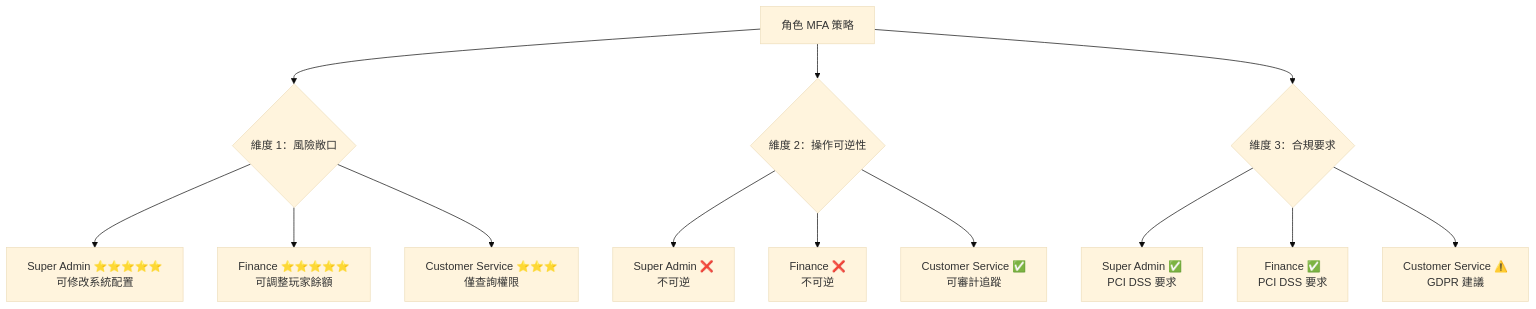
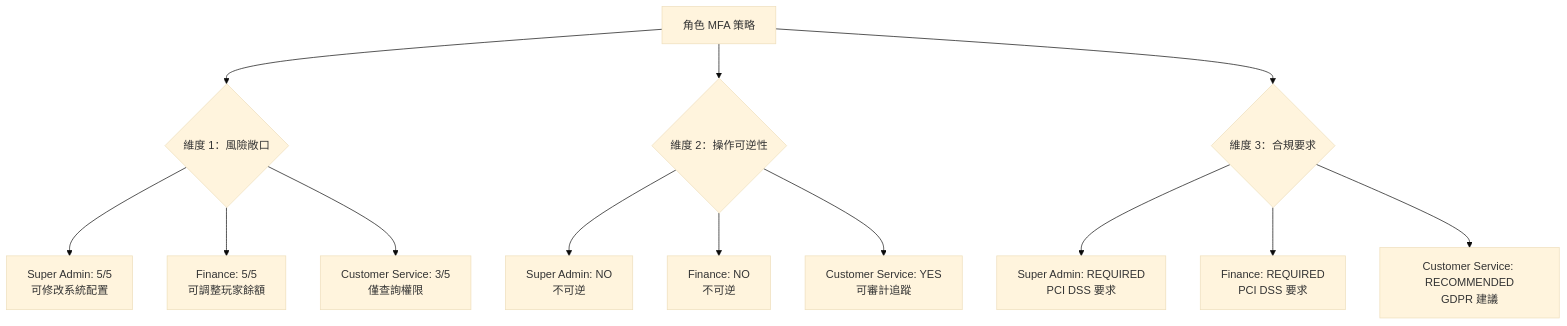
One commit to ron03wlb/smart-admin changed the ninth of 9 diagrams in docs/iGaming/05_Platform_Governance/05-06_MFA_Implementation.md. Above: the diagram before and after it, drawn with Mermaid (base theme). The commit also changed other lines of this file and 12 other files, not shown here.

Commit message:
docs(iGaming): update risk control, architecture docs and add validation scripts

````diff
--- a/docs/iGaming/05_Platform_Governance/05-06_MFA_Implementation.md
+++ b/docs/iGaming/05_Platform_Governance/05-06_MFA_Implementation.md
@@ -1830,18 +1830,18 @@
 ```mermaid
 graph TD
     A[角色 MFA 策略] --> B{維度 1：風險敞口}
     A --> C{維度 2：操作可逆性}
     A --> D{維度 3：合規要求}
 
-    B --> B1[Super Admin ⭐⭐⭐⭐⭐<br/>可修改系統配置]
-    B --> B2[Finance ⭐⭐⭐⭐⭐<br/>可調整玩家餘額]
-    B --> B3[Customer Service ⭐⭐⭐<br/>僅查詢權限]
+    B --> B1[Super Admin: 5/5<br/>可修改系統配置]
+    B --> B2[Finance: 5/5<br/>可調整玩家餘額]
+    B --> B3[Customer Service: 3/5<br/>僅查詢權限]
 
-    C --> C1[Super Admin ❌<br/>不可逆]
-    C --> C2[Finance ❌<br/>不可逆]
-    C --> C3[Customer Service ✅<br/>可審計追蹤]
+    C --> C1[Super Admin: NO<br/>不可逆]
+    C --> C2[Finance: NO<br/>不可逆]
+    C --> C3[Customer Service: YES<br/>可審計追蹤]
 
-    D --> D1[Super Admin ✅<br/>PCI DSS 要求]
-    D --> D2[Finance ✅<br/>PCI DSS 要求]
-    D --> D3[Customer Service ⚠️<br/>GDPR 建議]
+    D --> D1[Super Admin: REQUIRED<br/>PCI DSS 要求]
+    D --> D2[Finance: REQUIRED<br/>PCI DSS 要求]
+    D --> D3[Customer Service: RECOMMENDED<br/>GDPR 建議]
 ```
````
